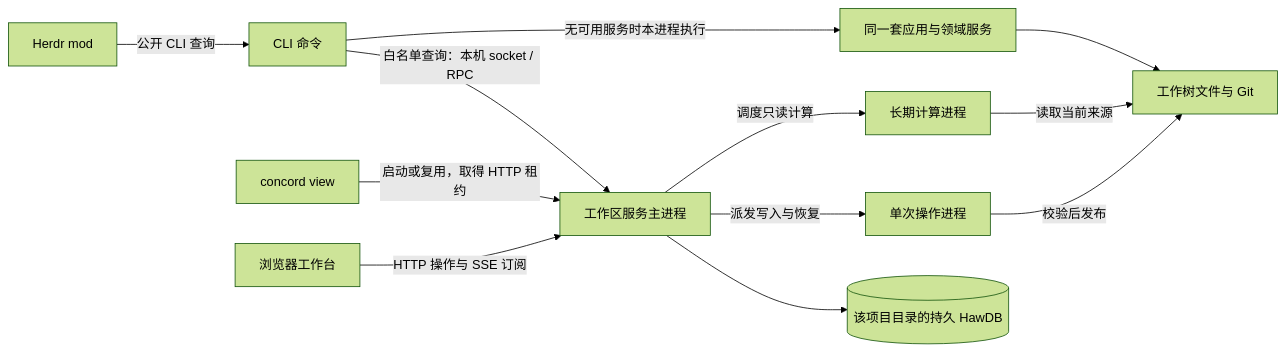
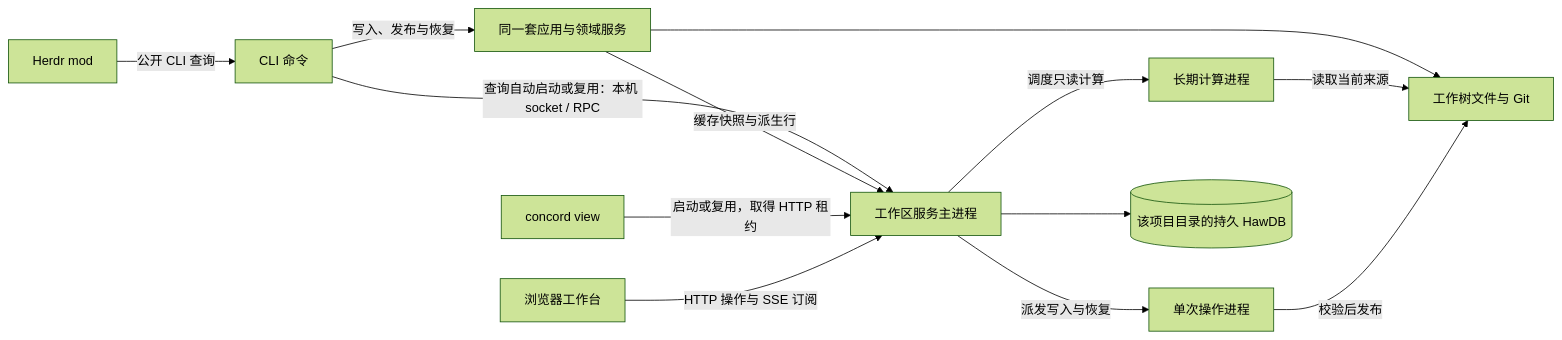
Before and after one commit to CorrectRoadH/Concord: the first of 2 diagrams in docs/architecture.md, drawn with Mermaid (forest theme). The commit also changed other lines of this file and 35 other files, not shown here.

````diff
--- a/docs/architecture.md
+++ b/docs/architecture.md
@@ -19,14 +19,15 @@
 ```mermaid
 flowchart LR
-  CLI[CLI 命令] -->|无可用服务时本进程执行| Local[同一套应用与领域服务]
-  CLI -->|白名单查询：本机 socket / RPC| Server[工作区服务主进程]
+  CLI[CLI 命令] -->|写入、发布与恢复| Local[同一套应用与领域服务]
+  CLI -->|查询自动启动或复用：本机 socket / RPC| Server[工作区服务主进程]
+  Local -->|缓存快照与派生行| Server
   Herdr[Herdr mod] -->|公开 CLI 查询| CLI
   View[concord view] -->|启动或复用，取得 HTTP 租约| Server
   Browser[浏览器工作台] -->|HTTP 操作与 SSE 订阅| Server
   Server -->|调度只读计算| Compute[长期计算进程]
   Server -->|派发写入与恢复| Operation[单次操作进程]
   Server --> Cache[(该项目目录的持久 HawDB)]
   Local --> Sources[工作树文件与 Git]
   Compute -->|读取当前来源| Sources
   Operation -->|校验后发布| Sources
 ```
````
